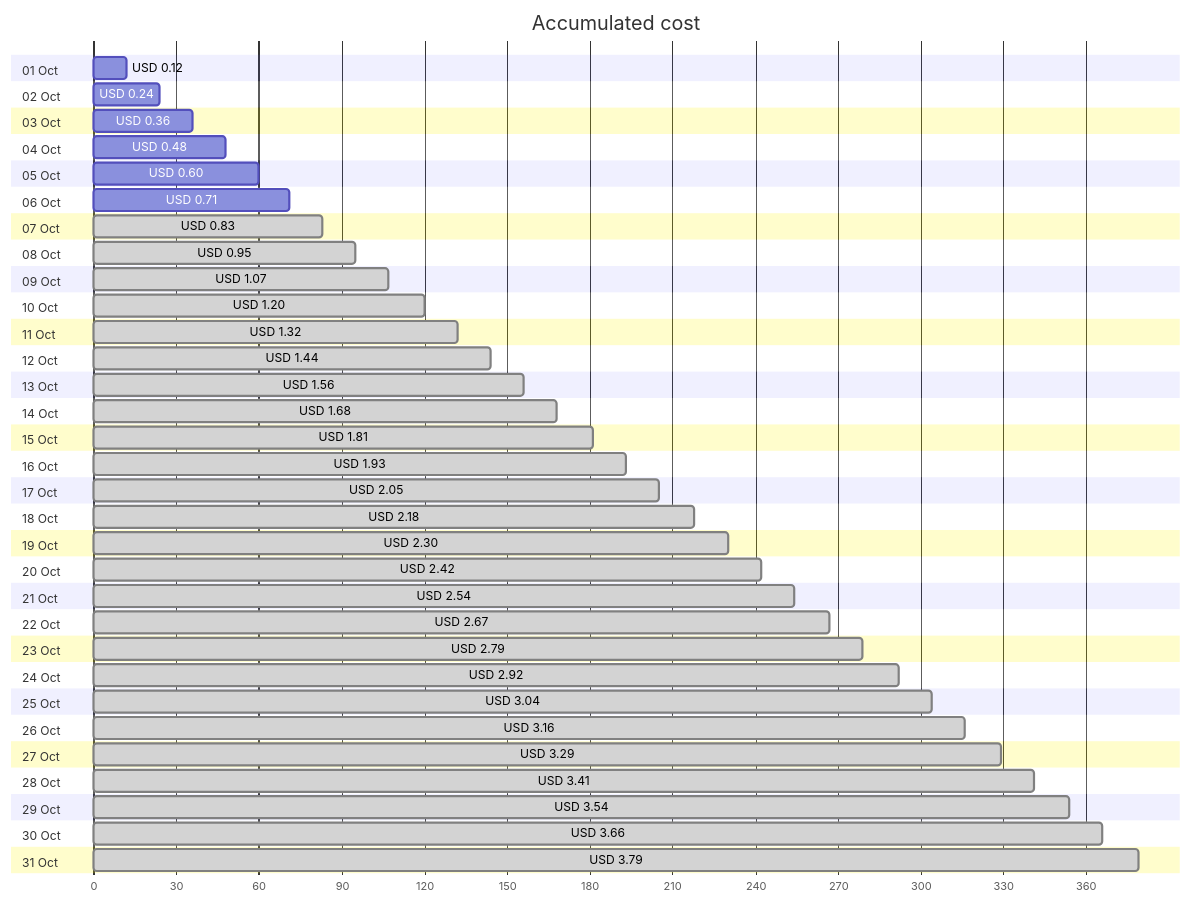
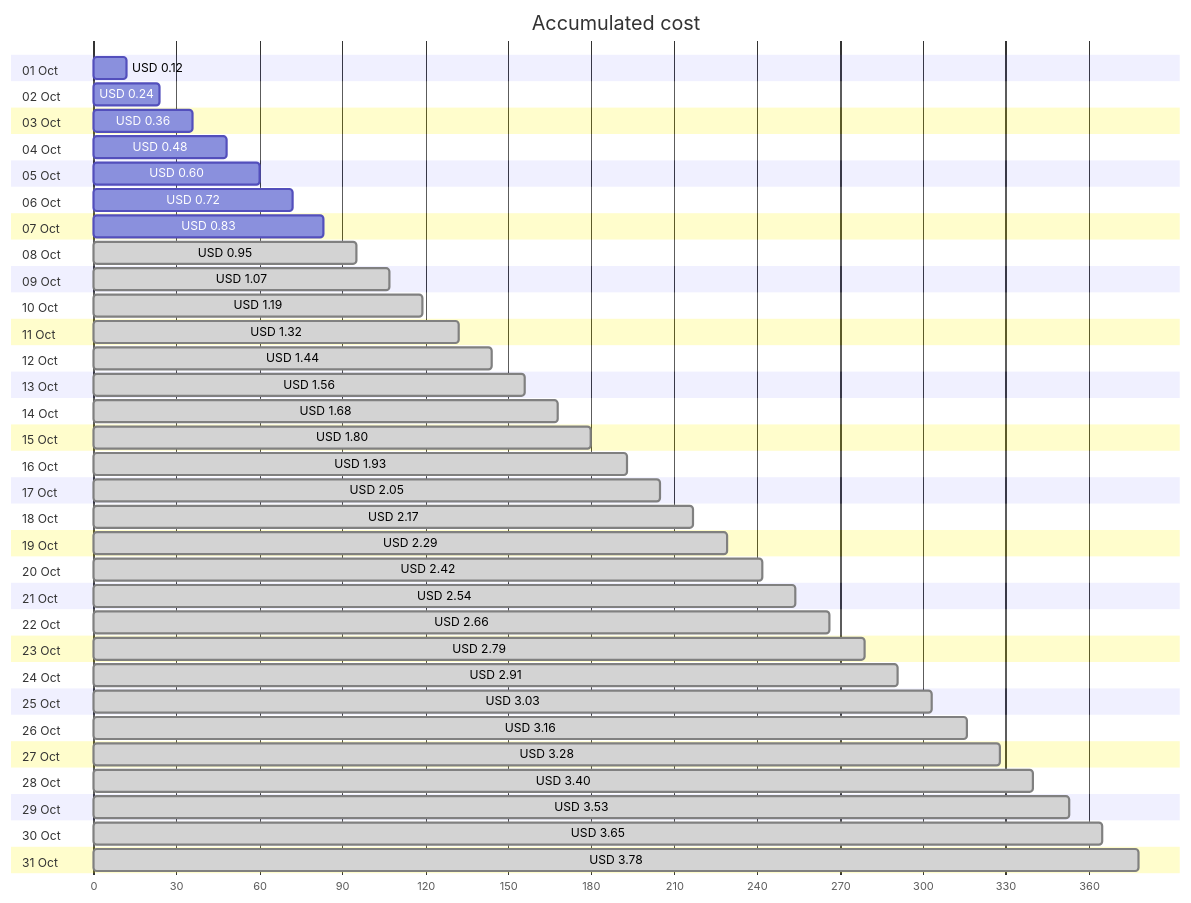
Before and after one commit to jpfulton/azure-personal-reports: the first of 4 diagrams in cost-reports/personal-network/backup-server-public-ip.md, drawn with Mermaid. The commit also changed other lines of this file and 8 other files, not shown here.

````diff
--- a/cost-reports/personal-network/backup-server-public-ip.md
+++ b/cost-reports/personal-network/backup-server-public-ip.md
@@ -20,68 +20,68 @@
 ```mermaid
 gantt
    title Accumulated cost
    dateFormat  X
    axisFormat %s
    section 01 Oct
    USD 0.12 :0, 12
    section 02 Oct
    USD 0.24 :0, 24
    section 03 Oct
    USD 0.36 :0, 36
    section 04 Oct
    USD 0.48 :0, 48
    section 05 Oct
    USD 0.60 :0, 60
    section 06 Oct
-   USD 0.71 :0, 71
+   USD 0.72 :0, 72
    section 07 Oct
-   USD 0.83 : done, 0, 83
+   USD 0.83 :0, 83
    section 08 Oct
    USD 0.95 : done, 0, 95
    section 09 Oct
    USD 1.07 : done, 0, 107
    section 10 Oct
-   USD 1.20 : done, 0, 120
+   USD 1.19 : done, 0, 119
    section 11 Oct
    USD 1.32 : done, 0, 132
    section 12 Oct
    USD 1.44 : done, 0, 144
    section 13 Oct
    USD 1.56 : done, 0, 156
    section 14 Oct
    USD 1.68 : done, 0, 168
    section 15 Oct
-   USD 1.81 : done, 0, 181
+   USD 1.80 : done, 0, 180
    section 16 Oct
    USD 1.93 : done, 0, 193
    section 17 Oct
    USD 2.05 : done, 0, 205
    section 18 Oct
-   USD 2.18 : done, 0, 218
+   USD 2.17 : done, 0, 217
    section 19 Oct
-   USD 2.30 : done, 0, 230
+   USD 2.29 : done, 0, 229
    section 20 Oct
    USD 2.42 : done, 0, 242
    section 21 Oct
    USD 2.54 : done, 0, 254
    section 22 Oct
-   USD 2.67 : done, 0, 267
+   USD 2.66 : done, 0, 266
    section 23 Oct
    USD 2.79 : done, 0, 279
    section 24 Oct
-   USD 2.92 : done, 0, 292
+   USD 2.91 : done, 0, 291
    section 25 Oct
-   USD 3.04 : done, 0, 304
+   USD 3.03 : done, 0, 303
    section 26 Oct
    USD 3.16 : done, 0, 316
    section 27 Oct
-   USD 3.29 : done, 0, 329
+   USD 3.28 : done, 0, 328
    section 28 Oct
-   USD 3.41 : done, 0, 341
+   USD 3.40 : done, 0, 340
    section 29 Oct
-   USD 3.54 : done, 0, 354
+   USD 3.53 : done, 0, 353
    section 30 Oct
-   USD 3.66 : done, 0, 366
+   USD 3.65 : done, 0, 365
    section 31 Oct
-   USD 3.79 : done, 0, 379
+   USD 3.78 : done, 0, 378
 ```
````
